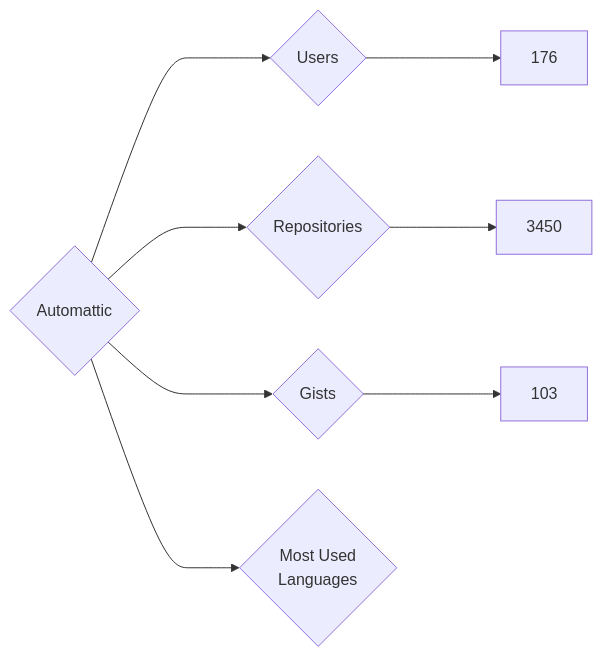
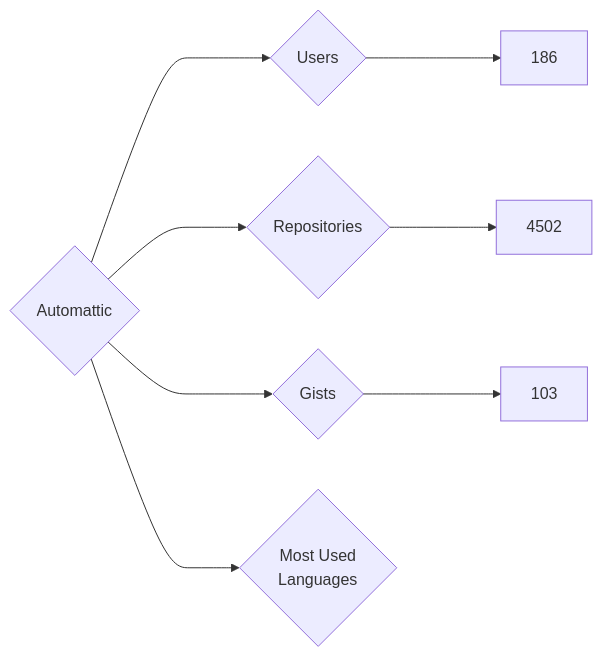
The diagram in targets/Automattic/README.md (nenadzaric/insiders), drawn with Mermaid before and after one commit. The commit also changed 2877 other files, not shown here.

````diff
--- a/targets/Automattic/README.md
+++ b/targets/Automattic/README.md
@@ -3,8 +3,8 @@
 ```mermaid
 graph LR
 COMPANY_NAME{Automattic}
-COMPANY_NAME ---> U{Users} ---> UN[176]
-COMPANY_NAME ---> R{Repositories} ---> RN[3450]
+COMPANY_NAME ---> U{Users} ---> UN[186]
+COMPANY_NAME ---> R{Repositories} ---> RN[4502]
 COMPANY_NAME ---> G{Gists} ---> GN[103]
 COMPANY_NAME ---> ML{Most Used<br>Languages}
 ```
````
